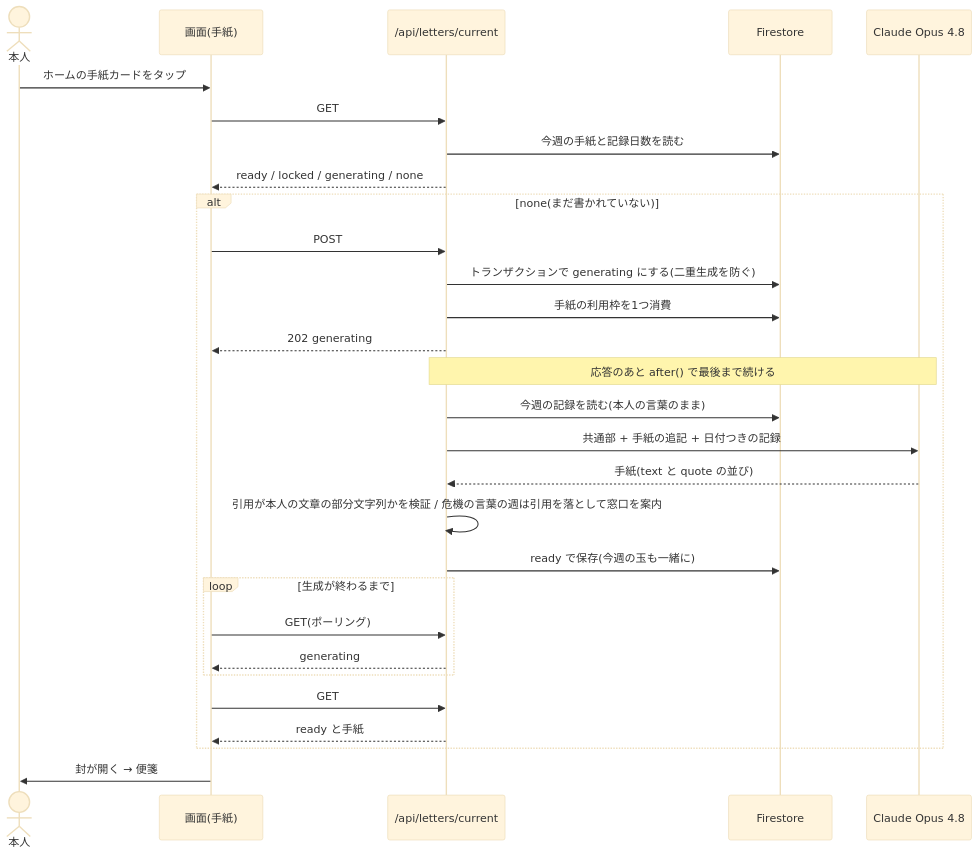
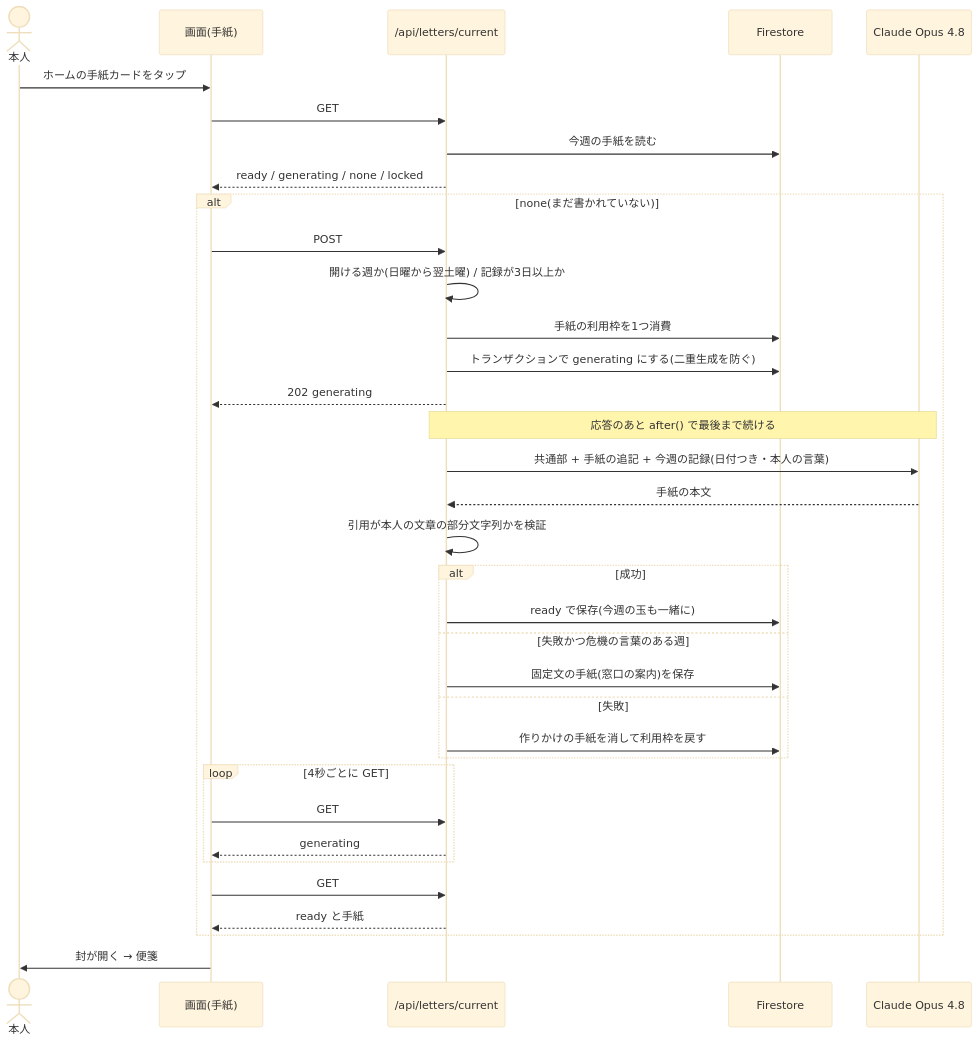
Before and after one commit to communitybrisbane/mindwind: the diagram in docs/diagrams/sequence-letter.md, drawn with Mermaid (base theme). The commit also changed other lines of this file and 9 other files, not shown here.

Commit message:
docs: 設計図から推測の記述を無くし、コードで確かめた事実に直す（手紙の失敗時の動き・設定からの遷移先）

````diff
--- a/docs/diagrams/sequence-letter.md
+++ b/docs/diagrams/sequence-letter.md
@@ -5,32 +5,38 @@
 ```mermaid
 sequenceDiagram
     actor U as 本人
     participant C as 画面(手紙)
     participant API as /api/letters/current
     participant DB as Firestore
     participant M as Claude Opus 4.8
 
     U->>C: ホームの手紙カードをタップ
     C->>API: GET
-    API->>DB: 今週の手紙と記録日数を読む
-    API-->>C: ready / locked / generating / none
+    API->>DB: 今週の手紙を読む
+    API-->>C: ready / generating / none / locked
     alt none(まだ書かれていない)
         C->>API: POST
+        API->>API: 開ける週か(日曜から翌土曜) / 記録が3日以上か
+        API->>DB: 手紙の利用枠を1つ消費
         API->>DB: トランザクションで generating にする(二重生成を防ぐ)
-        API->>DB: 手紙の利用枠を1つ消費
         API-->>C: 202 generating
         Note over API,M: 応答のあと after() で最後まで続ける
-        API->>DB: 今週の記録を読む(本人の言葉のまま)
-        API->>M: 共通部 + 手紙の追記 + 日付つきの記録
-        M-->>API: 手紙(text と quote の並び)
-        API->>API: 引用が本人の文章の部分文字列かを検証 / 危機の言葉の週は引用を落として窓口を案内
-        API->>DB: ready で保存(今週の玉も一緒に)
-        loop 生成が終わるまで
-            C->>API: GET(ポーリング)
+        API->>M: 共通部 + 手紙の追記 + 今週の記録(日付つき・本人の言葉)
+        M-->>API: 手紙の本文
+        API->>API: 引用が本人の文章の部分文字列かを検証
+        alt 成功
+            API->>DB: ready で保存(今週の玉も一緒に)
+        else 失敗かつ危機の言葉のある週
+            API->>DB: 固定文の手紙(窓口の案内)を保存
+        else 失敗
+            API->>DB: 作りかけの手紙を消して利用枠を戻す
+        end
+        loop 4秒ごとに GET
+            C->>API: GET
             API-->>C: generating
         end
         C->>API: GET
         API-->>C: ready と手紙
     end
     C->>U: 封が開く → 便箋
 ```
````
